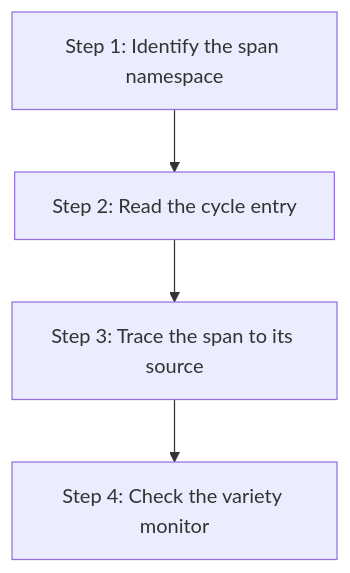
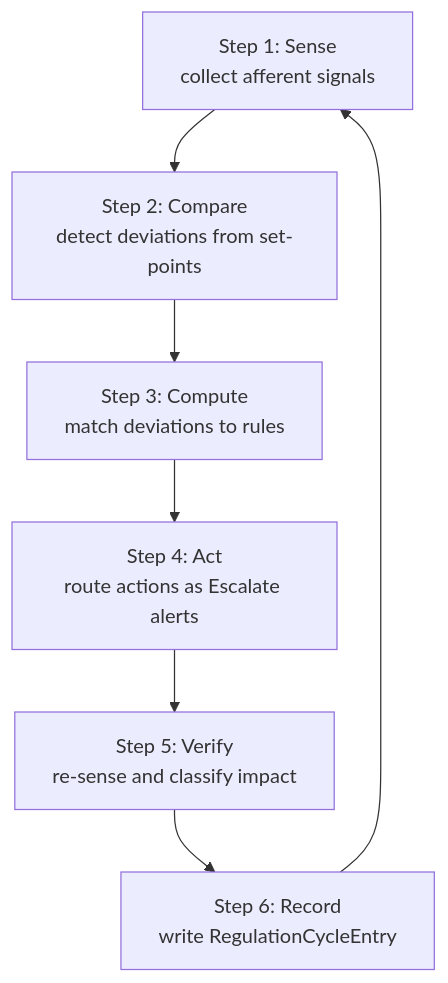
One commit to mdz-axo/zed-kask changed the diagram in kask/docs/diataxis/hkask-regulation/tutorial.md. Above: the diagram before and after it, drawn with Mermaid. The commit also changed other lines of this file and 24 other files, not shown here.

````diff
--- a/kask/docs/diataxis/hkask-regulation/tutorial.md
+++ b/kask/docs/diataxis/hkask-regulation/tutorial.md
@@ -19,6 +39,9 @@
 ```mermaid
 flowchart TD
-    A[Step 1: Identify the span namespace] --> B[Step 2: Read the cycle entry]
-    B --> C[Step 3: Trace the span to its source]
-    C --> D[Step 4: Check the variety monitor]
+    A[Step 1: Sense<br/>collect afferent signals] --> B[Step 2: Compare<br/>detect deviations from set-points]
+    B --> C[Step 3: Compute<br/>match deviations to rules]
+    C --> D[Step 4: Act<br/>route actions as Escalate alerts]
+    D --> E[Step 5: Verify<br/>re-sense and classify impact]
+    E --> F[Step 6: Record<br/>write RegulationCycleEntry]
+    F --> A
 ```
````
